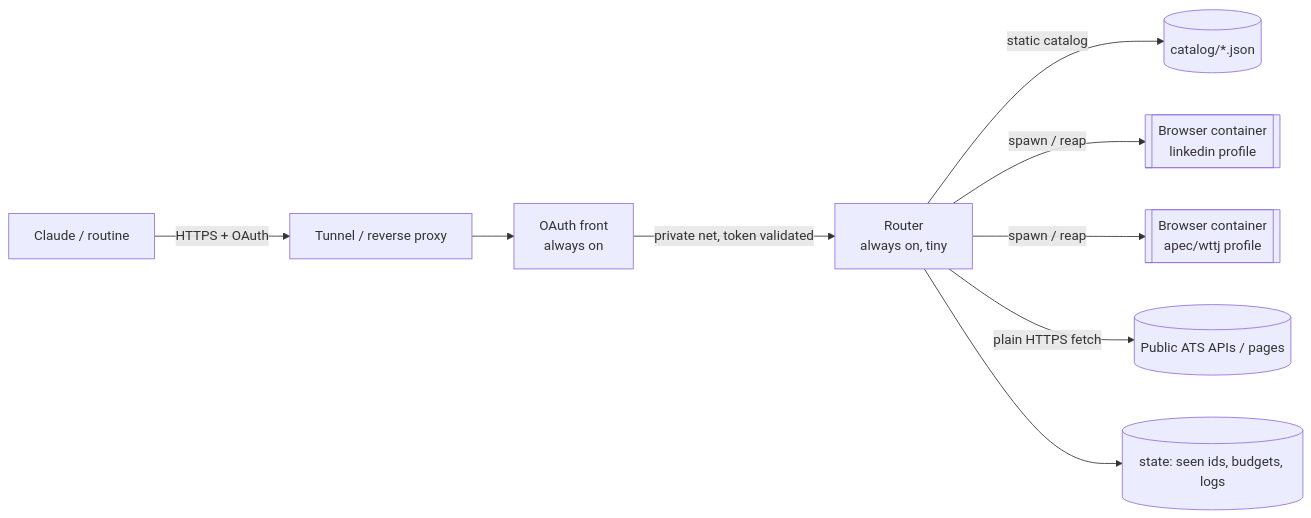
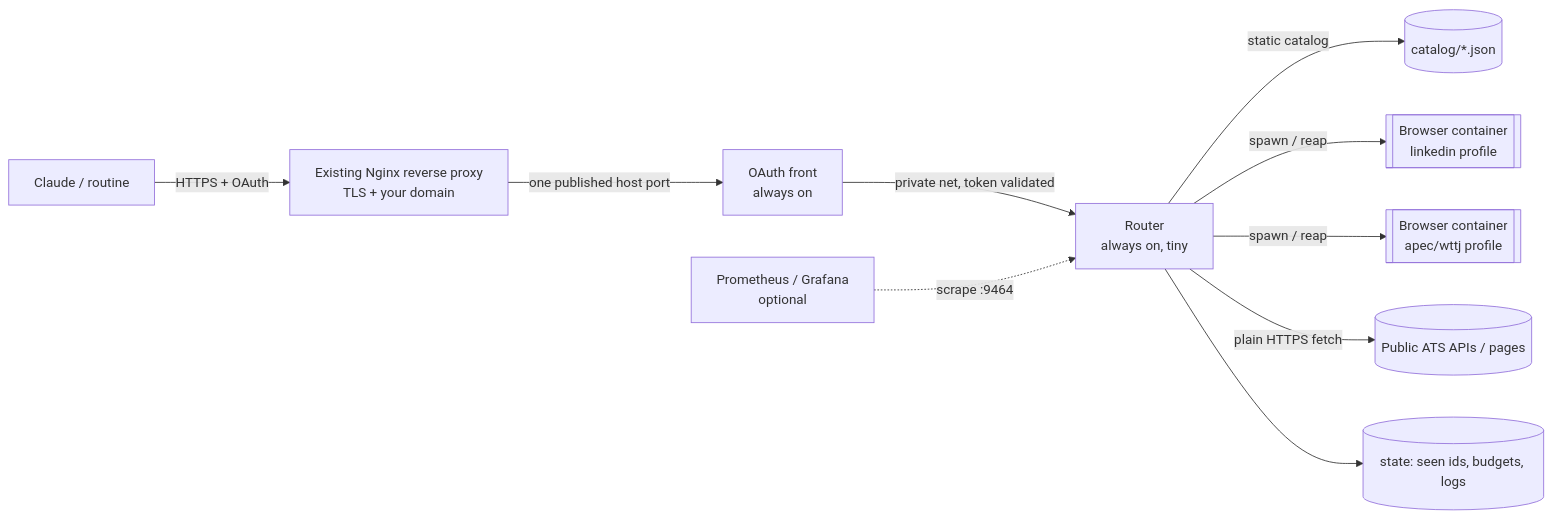
The diagram in 00-overview.md (notcheu/jobwatch-mcp), drawn with Mermaid before and after one commit. The commit also changed other lines of this file and 23 other files, not shown here.

````diff
--- a/00-overview.md
+++ b/00-overview.md
@@ -30,11 +32,12 @@
 ```mermaid
 flowchart LR
-  C[Claude / routine] -- HTTPS + OAuth --> T[Tunnel / reverse proxy]
-  T --> A[OAuth front<br/>always on]
+  C[Claude / routine] -- HTTPS + OAuth --> T[Existing Nginx reverse proxy<br/>TLS + your domain]
+  T -- "one published host port" --> A[OAuth front<br/>always on]
   A -- private net, token validated --> R[Router<br/>always on, tiny]
   R -- static catalog --> K[(catalog/*.json)]
   R -- spawn / reap --> B1[[Browser container<br/>linkedin profile]]
   R -- spawn / reap --> B2[[Browser container<br/>apec/wttj profile]]
   R -- plain HTTPS fetch --> W[(Public ATS APIs / pages)]
   R --> S[(state: seen ids, budgets, logs)]
+  P[Prometheus / Grafana<br/>optional] -. scrape :9464 .-> R
 ```
````
